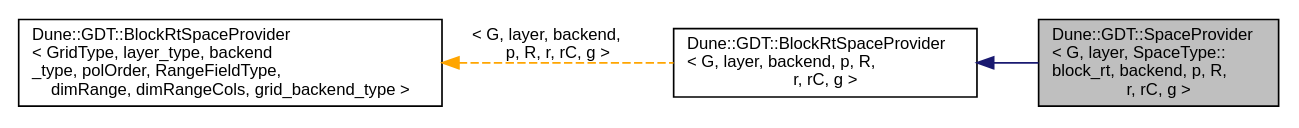
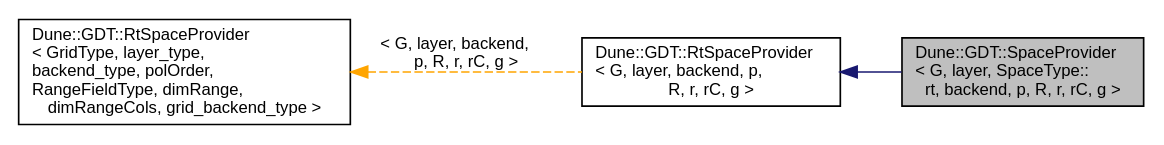
Before and after one commit to dune-community/dune-community.github.io: the diagram in docs/dune-gdt/''/a02979.dot, drawn with Graphviz. The commit also changed 2519 other files, not shown here.

Commit message:
Updated documentation for dune-gdt ''

```diff
--- a/docs/dune-gdt/''/a02979.dot
+++ b/docs/dune-gdt/''/a02979.dot
@@ -1,11 +1,11 @@
-digraph "Dune::GDT::SpaceProvider&lt; G, layer, SpaceType::block_rt, backend, p, R, r, rC, g &gt;"
+digraph "Dune::GDT::SpaceProvider&lt; G, layer, SpaceType::rt, backend, p, R, r, rC, g &gt;"
 {
   edge [fontname="Helvetica",fontsize="10",labelfontname="Helvetica",labelfontsize="10"];
   node [fontname="Helvetica",fontsize="10",shape=record];
   rankdir="LR";
-  Node0 [label="Dune::GDT::SpaceProvider\l\< G, layer, SpaceType::\lblock_rt, backend, p, R,\l r, rC, g \>",height=0.2,width=0.4,color="black", fillcolor="grey75", style="filled", fontcolor="black"];
+  Node0 [label="Dune::GDT::SpaceProvider\l\< G, layer, SpaceType::\lrt, backend, p, R, r, rC, g \>",height=0.2,width=0.4,color="black", fillcolor="grey75", style="filled", fontcolor="black"];
   Node1 -> Node0 [dir="back",color="midnightblue",fontsize="10",style="solid",fontname="Helvetica"];
-  Node1 [label="Dune::GDT::BlockRtSpaceProvider\l\< G, layer, backend, p, R,\l r, rC, g \>",height=0.2,width=0.4,color="black", fillcolor="white", style="filled",URL="$a02940.html"];
+  Node1 [label="Dune::GDT::RtSpaceProvider\l\< G, layer, backend, p,\l R, r, rC, g \>",height=0.2,width=0.4,color="black", fillcolor="white", style="filled",URL="$a02932.html"];
   Node2 -> Node1 [dir="back",color="orange",fontsize="10",style="dashed",label=" \< G, layer, backend,\l p, R, r, rC, g \>" ,fontname="Helvetica"];
-  Node2 [label="Dune::GDT::BlockRtSpaceProvider\l\< GridType, layer_type, backend\l_type, polOrder, RangeFieldType,\l dimRange, dimRangeCols, grid_backend_type \>",height=0.2,width=0.4,color="black", fillcolor="white", style="filled",URL="$a02940.html"];
+  Node2 [label="Dune::GDT::RtSpaceProvider\l\< GridType, layer_type,\l backend_type, polOrder,\l RangeFieldType, dimRange,\l dimRangeCols, grid_backend_type \>",height=0.2,width=0.4,color="black", fillcolor="white", style="filled",URL="$a02932.html"];
 }
```
